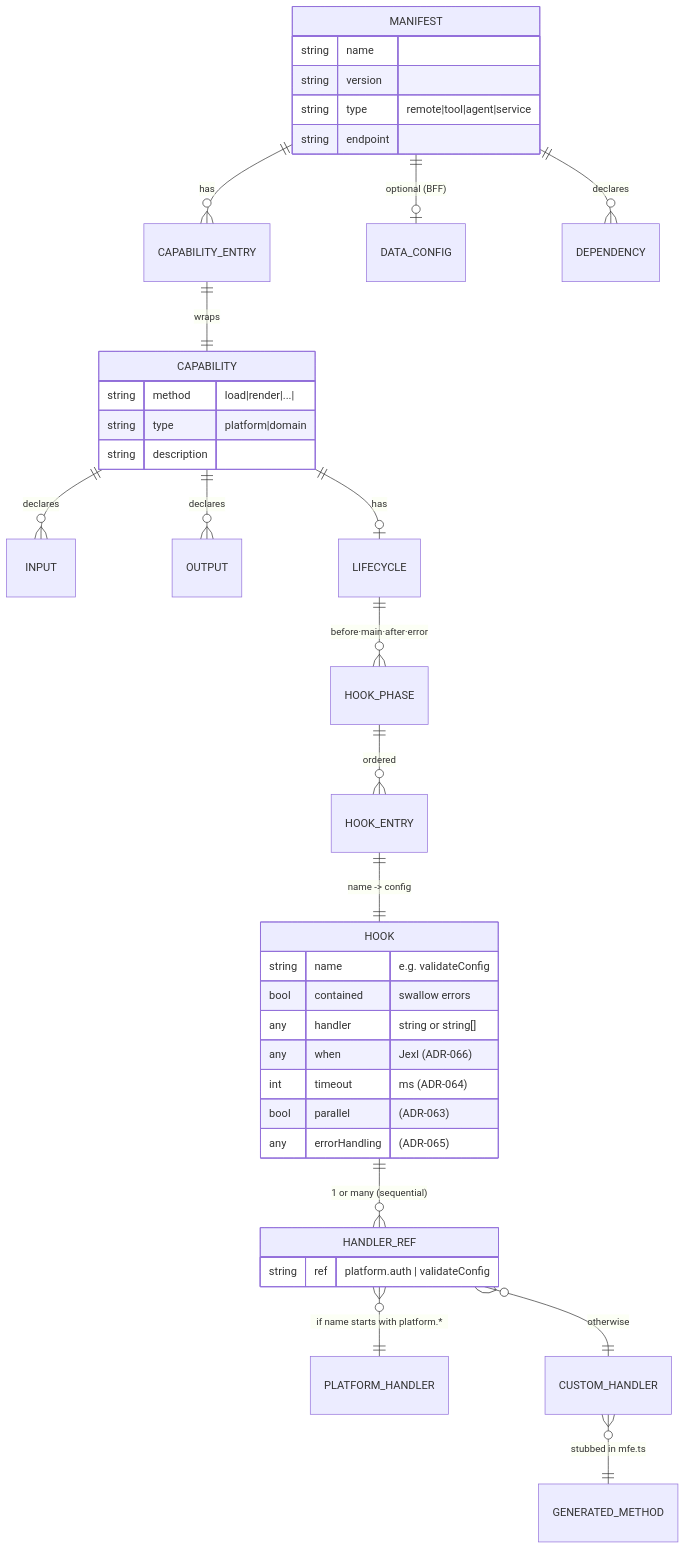
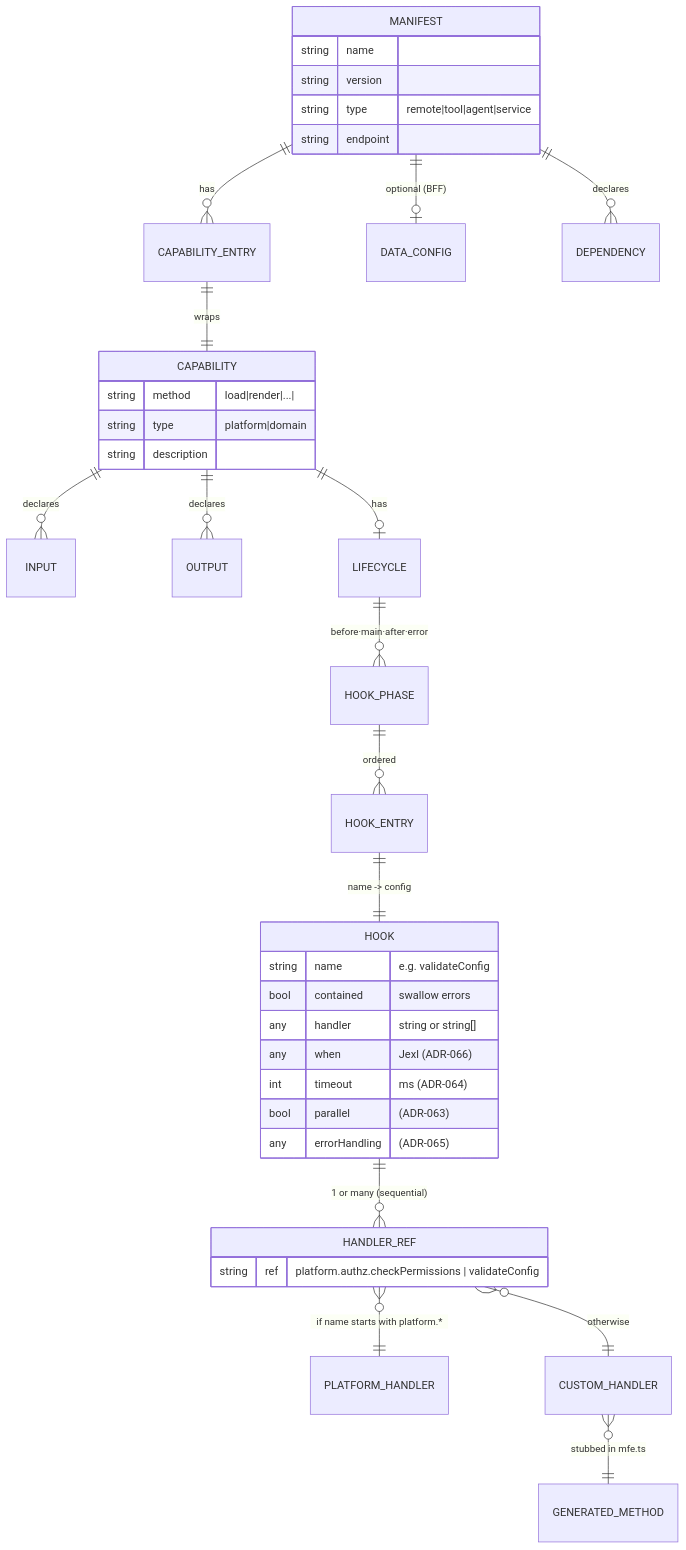
One commit to falese/seans-mfe-tool changed the third of 7 diagrams in docs/architecture-codegen-and-base-mfe.md. Above: the diagram before and after it, drawn with Mermaid. The commit also changed other lines of this file and 3 other files, not shown here.

````diff
--- a/docs/architecture-codegen-and-base-mfe.md
+++ b/docs/architecture-codegen-and-base-mfe.md
@@ -170,41 +170,41 @@
 ```mermaid
 erDiagram
     MANIFEST ||--o{ CAPABILITY_ENTRY : has
     MANIFEST ||--o| DATA_CONFIG : "optional (BFF)"
     MANIFEST ||--o{ DEPENDENCY : declares
     CAPABILITY_ENTRY ||--|| CAPABILITY : wraps
     CAPABILITY ||--o{ INPUT : declares
     CAPABILITY ||--o{ OUTPUT : declares
     CAPABILITY ||--o| LIFECYCLE : has
     LIFECYCLE ||--o{ HOOK_PHASE : "before·main·after·error"
     HOOK_PHASE ||--o{ HOOK_ENTRY : ordered
     HOOK_ENTRY ||--|| HOOK : "name -> config"
     HOOK ||--o{ HANDLER_REF : "1 or many (sequential)"
     HANDLER_REF }o--|| PLATFORM_HANDLER : "if name starts with platform.*"
     HANDLER_REF }o--|| CUSTOM_HANDLER : "otherwise"
     CUSTOM_HANDLER }o--|| GENERATED_METHOD : "stubbed in mfe.ts"
 
     MANIFEST {
         string name
         string version
         string type "remote|tool|agent|service"
         string endpoint
     }
     CAPABILITY {
         string method "load|render|...|<domain>"
         string type "platform|domain"
         string description
     }
     HOOK {
         string name "e.g. validateConfig"
         bool contained "swallow errors"
         any handler "string or string[]"
         any when "Jexl (ADR-066)"
         int timeout "ms (ADR-064)"
         bool parallel "(ADR-063)"
         any errorHandling "(ADR-065)"
     }
     HANDLER_REF {
-        string ref "platform.auth | validateConfig"
+        string ref "platform.authz.checkPermissions | validateConfig"
     }
 ```
````
